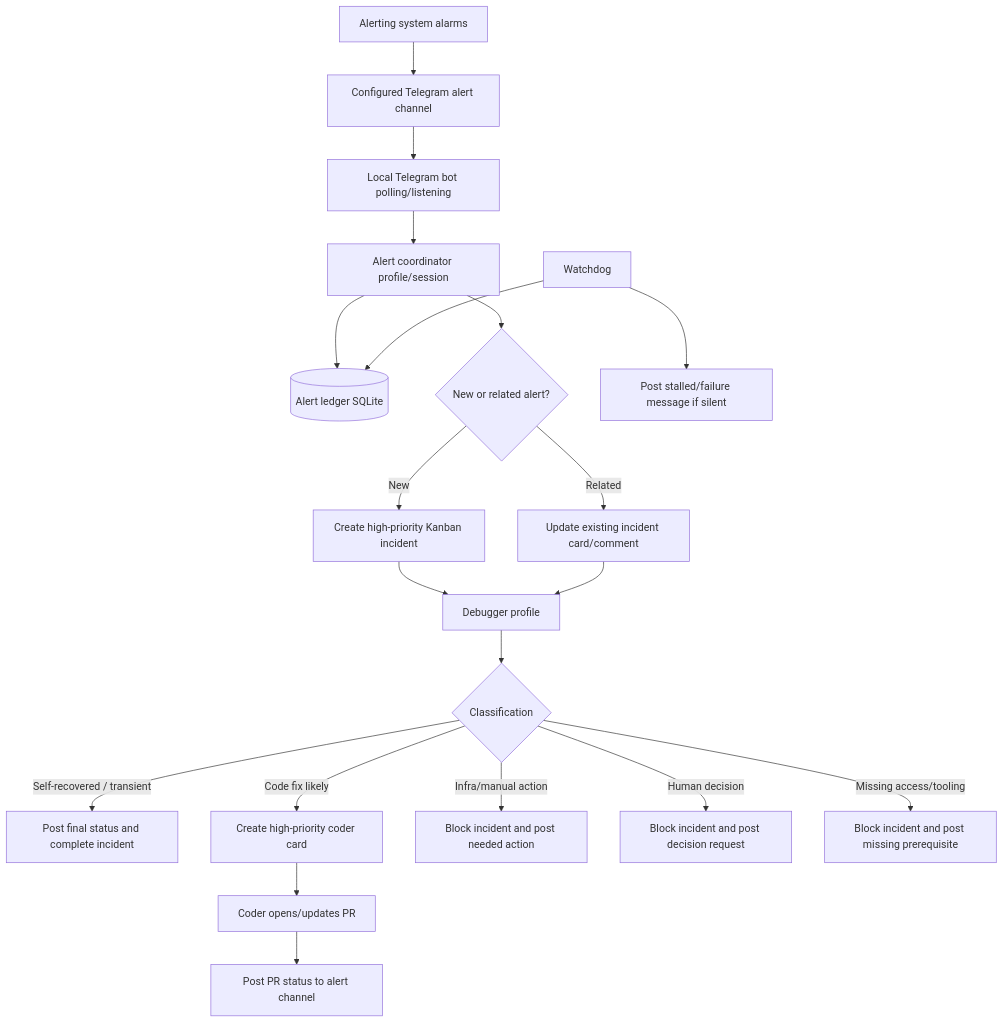
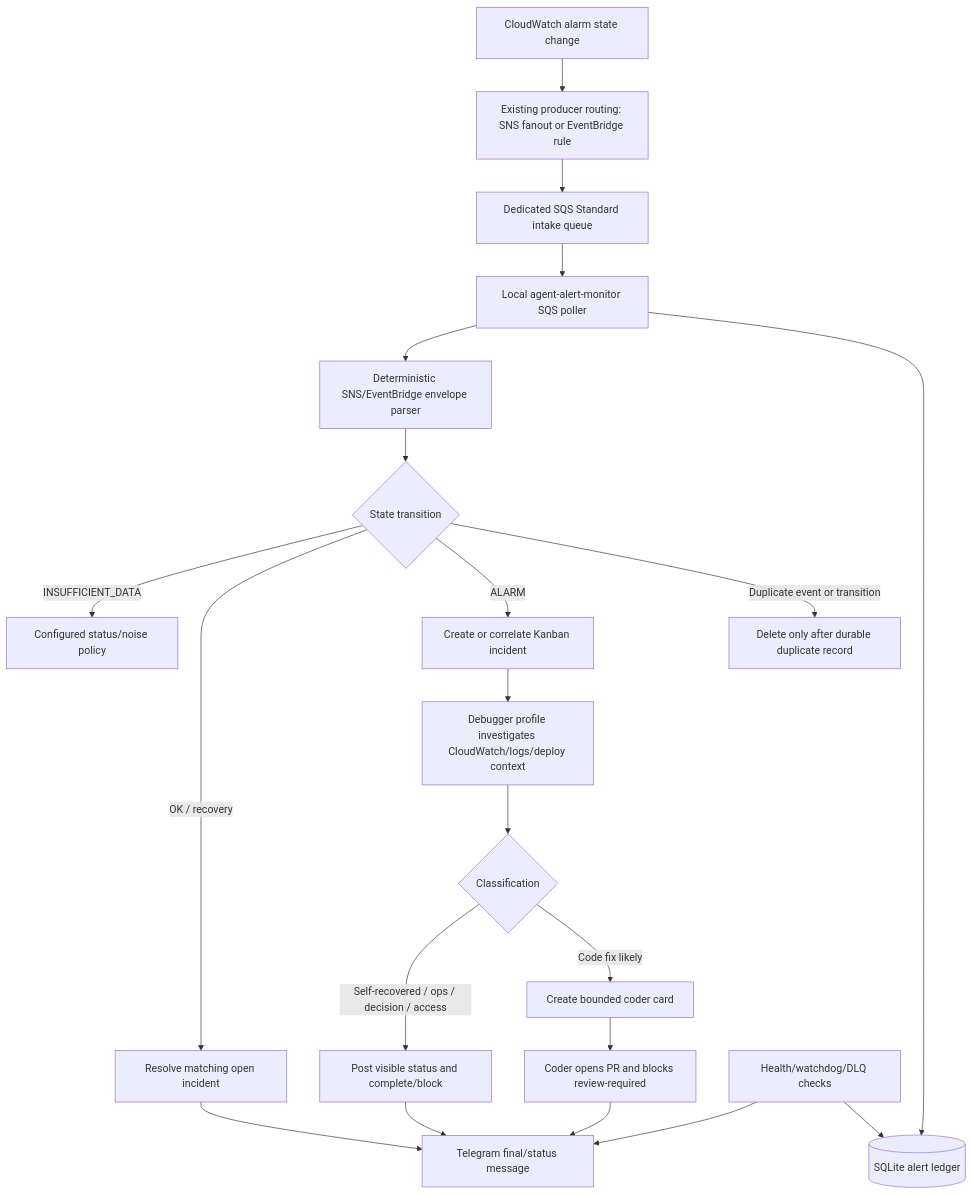
Before and after one commit to dannyfranca/agent-alert-monitor: the first of 3 diagrams in README.md, drawn with Mermaid. The commit also changed other lines of this file and 6 other files, not shown here.

Commit message:
docs: document SQS-first alert monitor operations

````diff
--- a/README.md
+++ b/README.md
@@ -36,22 +36,23 @@
 ```mermaid
 flowchart TD
-    A[Alerting system alarms] --> B[Configured Telegram alert channel]
-    B --> C[Local Telegram bot polling/listening]
-    C --> D[Alert coordinator profile/session]
-    D --> E[(Alert ledger SQLite)]
-    D --> F{New or related alert?}
-    F -->|Related| G[Update existing incident card/comment]
-    F -->|New| H[Create high-priority Kanban incident]
-    H --> I[Debugger profile]
-    G --> I
-    I --> J{Classification}
-    J -->|Self-recovered / transient| K[Post final status and complete incident]
-    J -->|Code fix likely| L[Create high-priority coder card]
-    J -->|Infra/manual action| M[Block incident and post needed action]
-    J -->|Human decision| N[Block incident and post decision request]
-    J -->|Missing access/tooling| O[Block incident and post missing prerequisite]
-    L --> P[Coder opens/updates PR]
-    P --> Q[Post PR status to alert channel]
-    R[Watchdog] --> E
-    R --> S[Post stalled/failure message if silent]
+    A[CloudWatch alarm state change] --> B[Existing producer routing: SNS fanout or EventBridge rule]
+    B --> C[Dedicated SQS Standard intake queue]
+    C --> D[Local agent-alert-monitor SQS poller]
+    D --> E[(SQLite alert ledger)]
+    D --> F[Deterministic SNS/EventBridge envelope parser]
+    F --> G{State transition}
+    G -->|Duplicate event or transition| H[Delete only after durable duplicate record]
+    G -->|ALARM| I[Create or correlate Kanban incident]
+    G -->|OK / recovery| J[Resolve matching open incident]
+    G -->|INSUFFICIENT_DATA| K[Configured status/noise policy]
+    I --> L[Debugger profile investigates CloudWatch/logs/deploy context]
+    L --> M{Classification}
+    M -->|Code fix likely| N[Create bounded coder card]
+    M -->|Self-recovered / ops / decision / access| O[Post visible status and complete/block]
+    N --> P[Coder opens PR and blocks review-required]
+    J --> Q[Telegram final/status message]
+    O --> Q
+    P --> Q
+    R[Health/watchdog/DLQ checks] --> E
+    R --> Q
 ```
````
